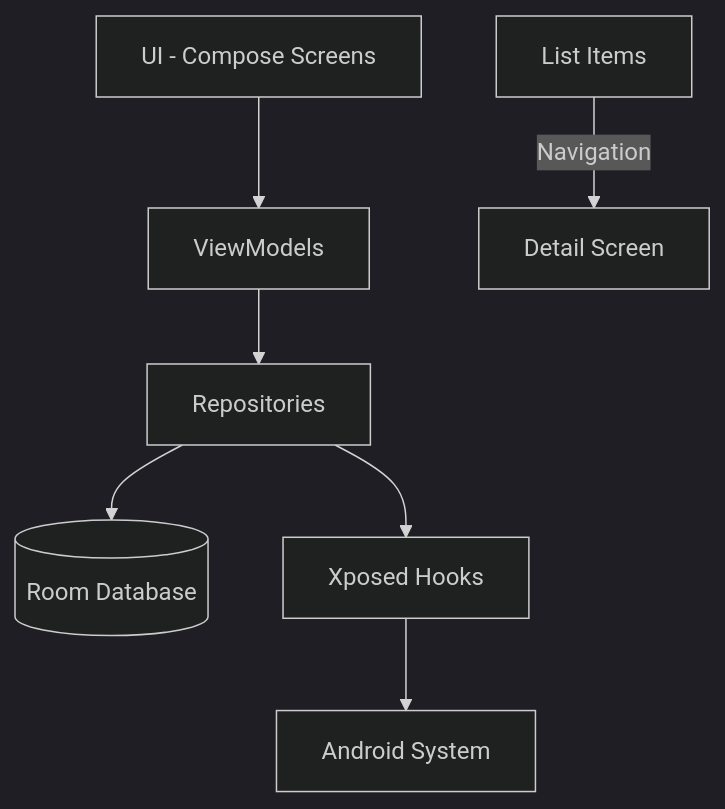
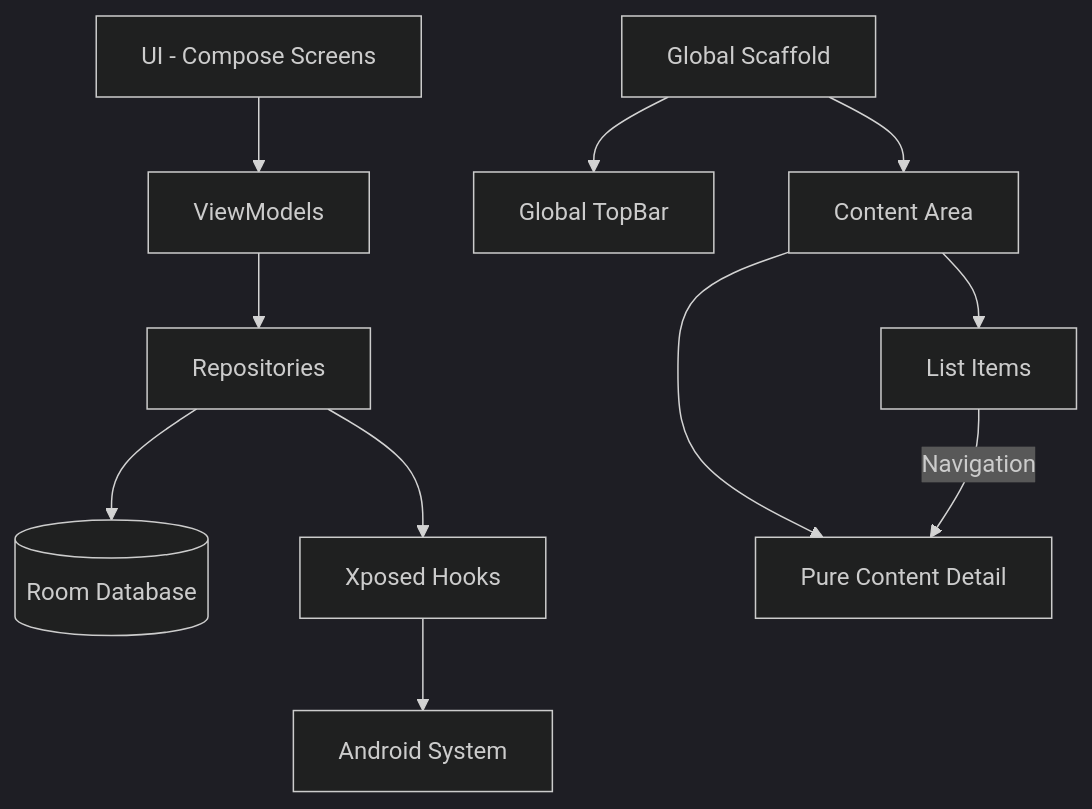
The diagram in memory-bank/systemPatterns.md (NoWakeLock/NoWakeLock), drawn with Mermaid (dark theme) before and after one commit. The commit also changed other lines of this file and 2 other files, not shown here.

````diff
--- a/memory-bank/systemPatterns.md
+++ b/memory-bank/systemPatterns.md
@@ -8,10 +8,14 @@
 ```mermaid
 flowchart TD
     UI[UI - Compose Screens] --> ViewModels[ViewModels]
     ViewModels --> Repos[Repositories]
     Repos --> DB[(Room Database)]
     Repos --> XH[Xposed Hooks]
     XH --> AS[Android System]
     
-    ListItems[List Items] -->|Navigation| DetailScreen[Detail Screen]
+    MainScaffold[Global Scaffold] --> TopBar[Global TopBar]
+    MainScaffold --> Content[Content Area]
+    Content --> ListItems[List Items]
+    Content --> DetailScreen[Pure Content Detail]
+    ListItems -->|Navigation| DetailScreen
 ```
````
